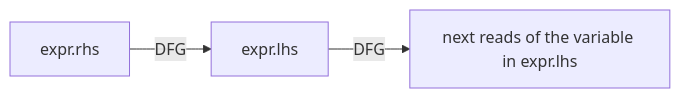
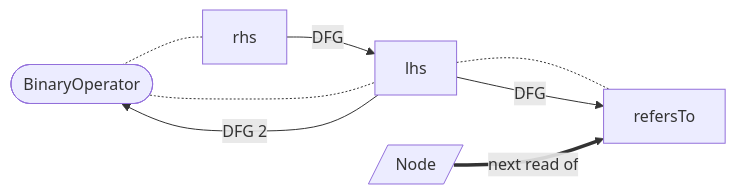
Before and after one commit to Fraunhofer-AISEC/cpg: diagram 19 of 28 in cpg-core/specifications/dfg.md, drawn with Mermaid. The commit also changed other lines of this file, not shown here.

````diff
--- a/cpg-core/specifications/dfg.md
+++ b/cpg-core/specifications/dfg.md
@@ -225,5 +248,10 @@
   ```mermaid
   flowchart LR
-    A[expr.rhs] -- DFG --> B[expr.lhs];
-    B -- DFG --> C[next reads of the variable in expr.lhs];
+    node -.- rhs;
+    node -.- lhs;
+    lhs -.- refersTo;
+    lhs -- DFG 2 --> node([BinaryOperator]);
+    R[/Node/] == next read of ==> refersTo;
+    rhs -- DFG --> lhs;
+    lhs -- DFG --> refersTo
   ```
````
